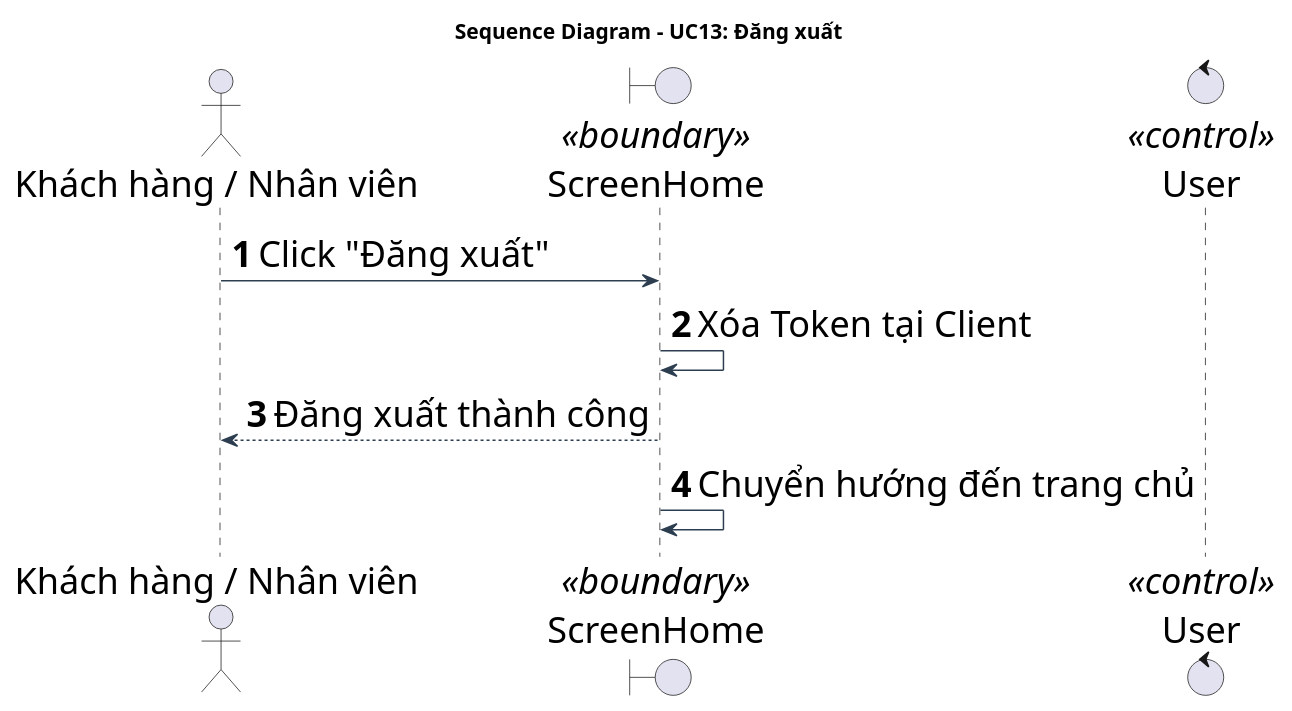
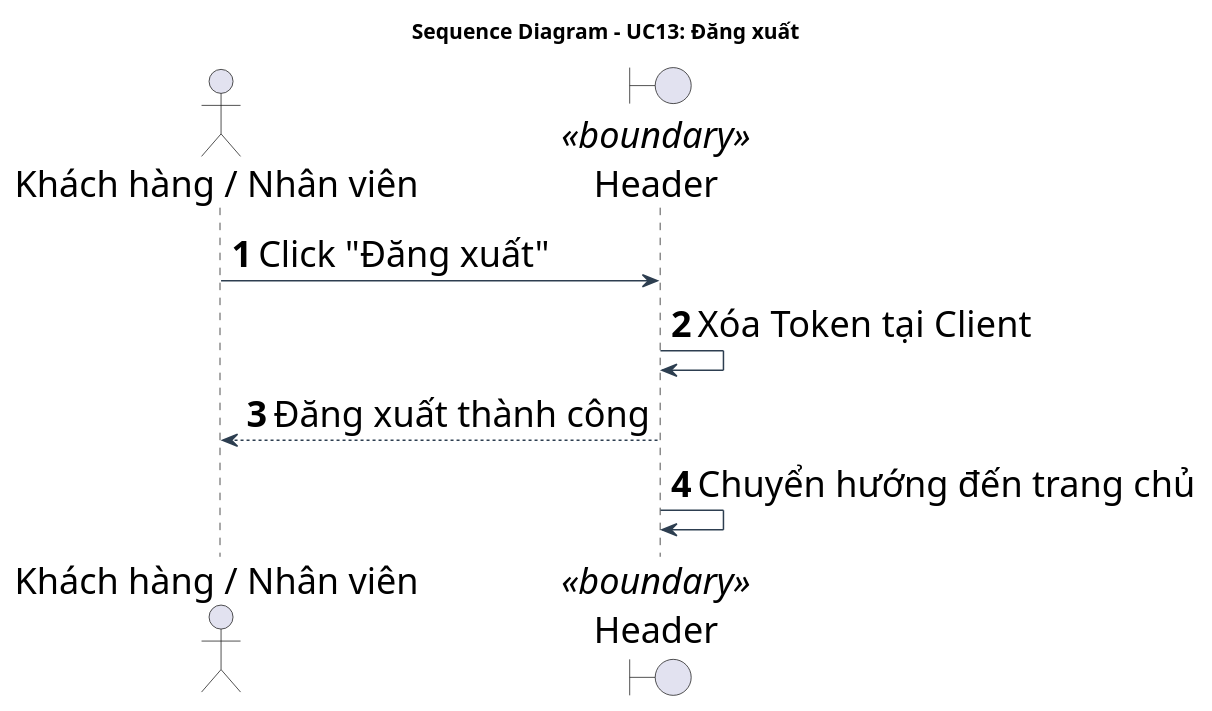
One commit to Gnourt812005/HCMUS-Analyze-and-desgin-IS changed the diagram in doc/system/dang_xuat/DangXuat_SequenceDiagram.wsd. Above: the diagram before and after it, drawn with PlantUML. The commit also changed 12 other files, not shown here.

Commit message:
truong/digram: update diagram

```diff
--- a/doc/system/dang_xuat/DangXuat_SequenceDiagram.wsd
+++ b/doc/system/dang_xuat/DangXuat_SequenceDiagram.wsd
@@ -1,27 +1,26 @@
 @startuml DangXuat_SequenceDiagram
 title Sequence Diagram - UC13: Đăng xuất
 
 ' --- STYLE CONFIGURATION ---
 skinparam {
     BackgroundColor White
     ArrowColor #2D3E50
     DefaultFontName "Arial"
     DefaultFontSize 24
     ParticipantPadding 20
     BoxPadding 10
 }
 
 actor "Khách hàng / Nhân viên" as Actor
-boundary "ScreenHome" as GUI <<boundary>>
-control "User" as BUS <<control>>
+boundary "Header" as GUI <<boundary>>
 
 autonumber
 
 Actor -> GUI: Click "Đăng xuất"
 GUI -> GUI: Xóa Token tại Client
 ' GUI -> BUS: logout() (Tùy chọn)
 ' BUS --> GUI: 200 OK
 GUI --> Actor: Đăng xuất thành công
 GUI -> GUI: Chuyển hướng đến trang chủ
 
 @enduml
```
